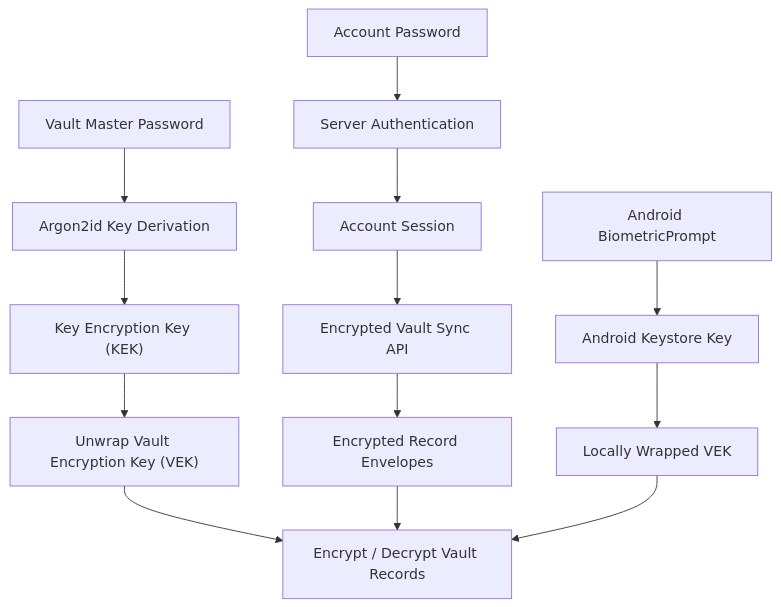
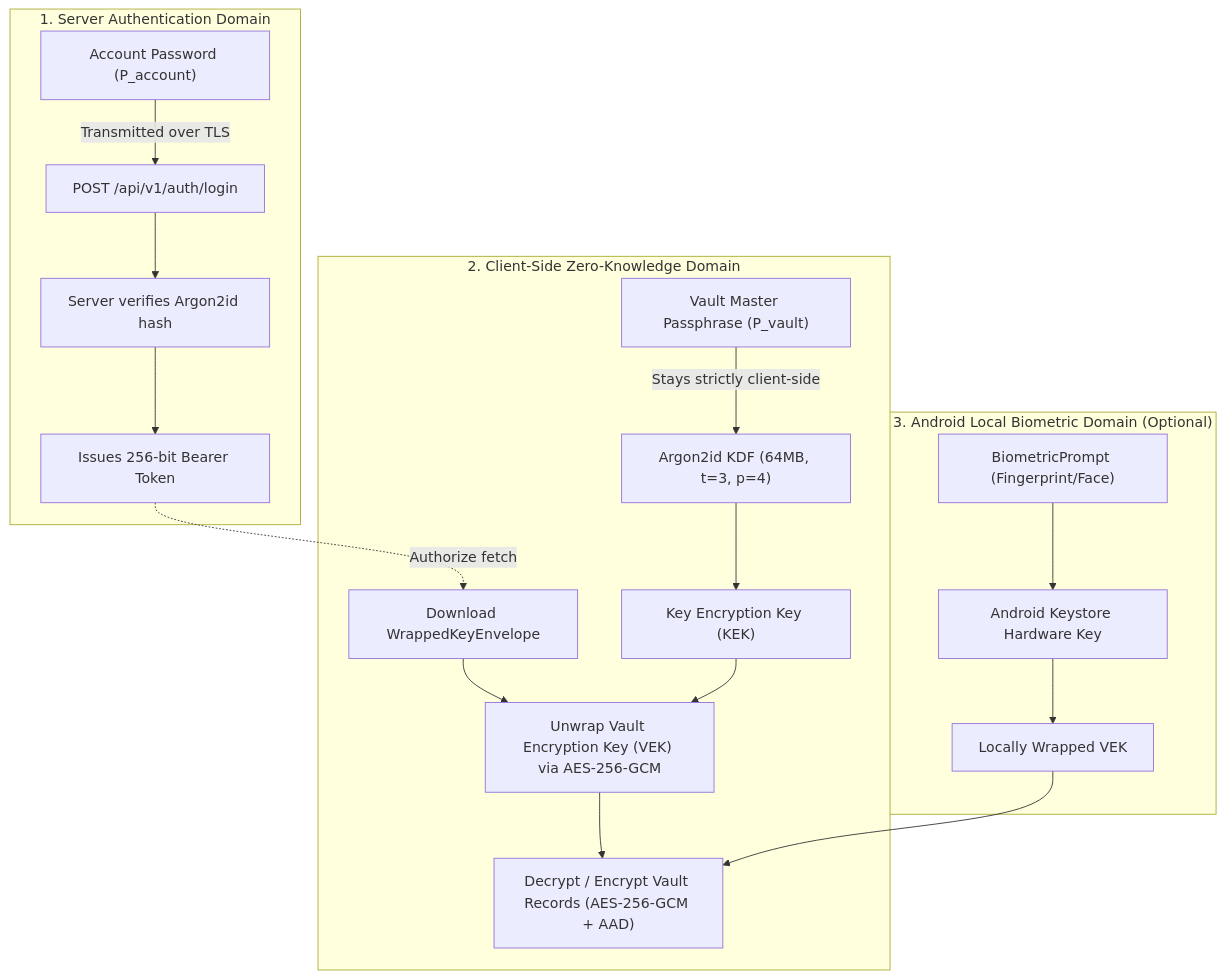
The first of 2 diagrams in README.md (shivasathvik44/pswdMngr), drawn with Mermaid before and after one commit. The commit also changed other lines of this file and 9 other files, not shown here.

Commit message:
Release VaultSync v0.9.0-beta.1

````diff
--- a/README.md
+++ b/README.md
@@ -136,18 +94,23 @@
 ```mermaid
 flowchart TD
-    A["Account Password"] --> B["Server Authentication"]
-    B --> C["Account Session"]
-    C --> D["Encrypted Vault Sync API"]
+    subgraph Authentication["1. Server Authentication Domain"]
+        A["Account Password (P_account)"] -->|Transmitted over TLS| B["POST /api/v1/auth/login"]
+        B --> C["Server verifies Argon2id hash"]
+        C --> D["Issues 256-bit Bearer Token"]
+    end
 
-    E["Vault Master Password"] --> F["Argon2id Key Derivation"]
-    F --> G["Key Encryption Key (KEK)"]
-    G --> H["Unwrap Vault Encryption Key (VEK)"]
-    H --> I["Encrypt / Decrypt Vault Records"]
+    subgraph Decryption["2. Client-Side Zero-Knowledge Domain"]
+        E["Vault Master Passphrase (P_vault)"] -->|Stays strictly client-side| F["Argon2id KDF (64MB, t=3, p=4)"]
+        F --> G["Key Encryption Key (KEK)"]
+        D -.->|Authorize fetch| H["Download WrappedKeyEnvelope"]
+        H --> I["Unwrap Vault Encryption Key (VEK) via AES-256-GCM"]
+        G --> I
+        I --> J["Decrypt / Encrypt Vault Records (AES-256-GCM + AAD)"]
+    end
 
-    D --> J["Encrypted Record Envelopes"]
-    J --> I
-
-    K["Android BiometricPrompt"] --> L["Android Keystore Key"]
-    L --> M["Locally Wrapped VEK"]
-    M --> I
+    subgraph Biometrics["3. Android Local Biometric Domain (Optional)"]
+        K["BiometricPrompt (Fingerprint/Face)"] --> L["Android Keystore Hardware Key"]
+        L --> M["Locally Wrapped VEK"]
+        M --> J
+    end
 ```
````
